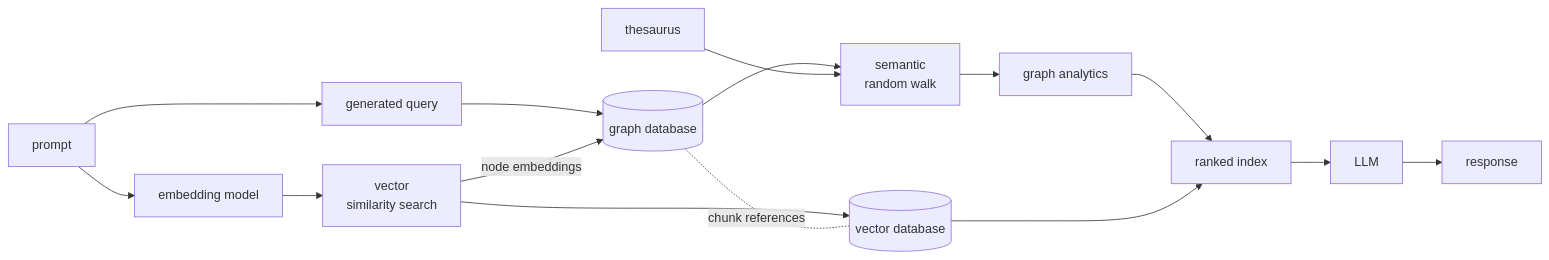
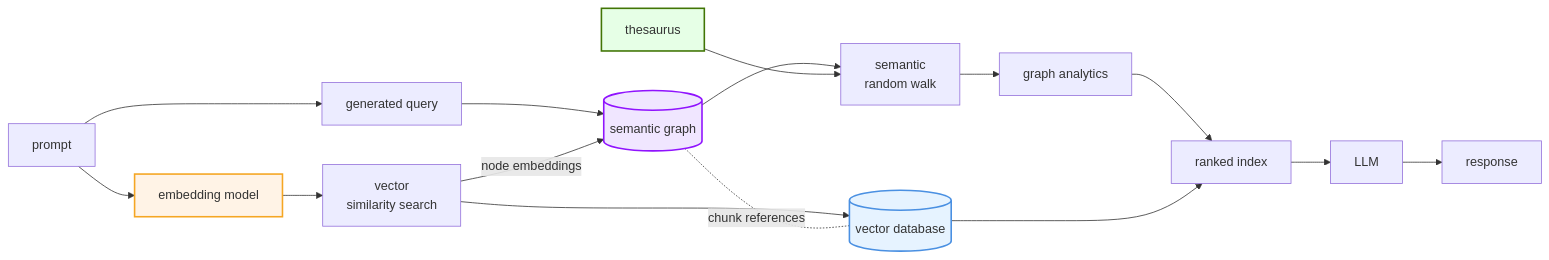
One commit to donbr/strwythura changed the second of 4 diagrams in graphrag_readme.md. Above: the diagram before and after it, drawn with Mermaid. The commit also changed other lines of this file and 4 other files, not shown here.

Commit message:
update diagrams

````diff
--- a/graphrag_readme.md
+++ b/graphrag_readme.md
@@ -60,33 +78,49 @@
 ```mermaid
 graph LR
     %% Define database and special shapes
-    A[prompt]
-    G[(graph database)]
-    V[(vector database)]
-    L[LLM]
-    R[response]
+    P[prompt]
+    SG[(semantic graph)]
+    VD[(vector database)]
+    LLM[LLM]
+    Z[response]
     
     %% Main flow paths
-    A --> B[generated query]
-    A --> C[embedding model]
+    P --> Q[generated query]
+    P --> EM[embedding model]
     
     %% Upper path through graph elements
-    B --> G
-    G --> D[semantic<br/>random walk]
-    T[thesaurus] --> D
-    D --> E[graph analytics]
+    Q --> SG
+    SG --> W[semantic<br/>random walk]
+    T[thesaurus] --> W
+    W --> GA[graph analytics]
     
     %% Lower path through vector elements
-    C --> F[vector<br/>similarity search]
-    F --> V
+    EM --> SS[vector<br/>similarity search]
+    SS --> VD
     
     %% Node embeddings and chunk references
-    G -.-|chunk references| V
-    F -->|node embeddings| G
+    SG -.-|chunk references| VD
+    SS -->|node embeddings| SG
     
     %% Final convergence
-    E --> H[ranked index]
-    V --> H
-    H --> L
-    L --> R
+    GA --> RI[ranked index]
+    VD --> RI
+    RI --> LLM
+    LLM --> Z
+
+    %% Styling classes
+    classDef dataSource fill:#f4f4f4,stroke:#666,stroke-width:2px;
+    classDef storage fill:#e6f3ff,stroke:#4a90e2,stroke-width:2px;
+    classDef embedding fill:#fff3e6,stroke:#f5a623,stroke-width:2px;
+    classDef lexical fill:#f0e6ff,stroke:#4a90e2,stroke-width:2px;
+    classDef semantic fill:#f0e6ff,stroke:#9013fe,stroke-width:2px;
+    classDef reference fill:#e6ffe6,stroke:#417505,stroke-width:2px;
+
+    %% Apply styles by layer/type
+    class SDS,UDS dataSource;
+    class SG,VD storage;
+    class EM embedding;
+    class LG lexical;
+    class SG semantic;
+    class ONT,T reference;
 ```
````
